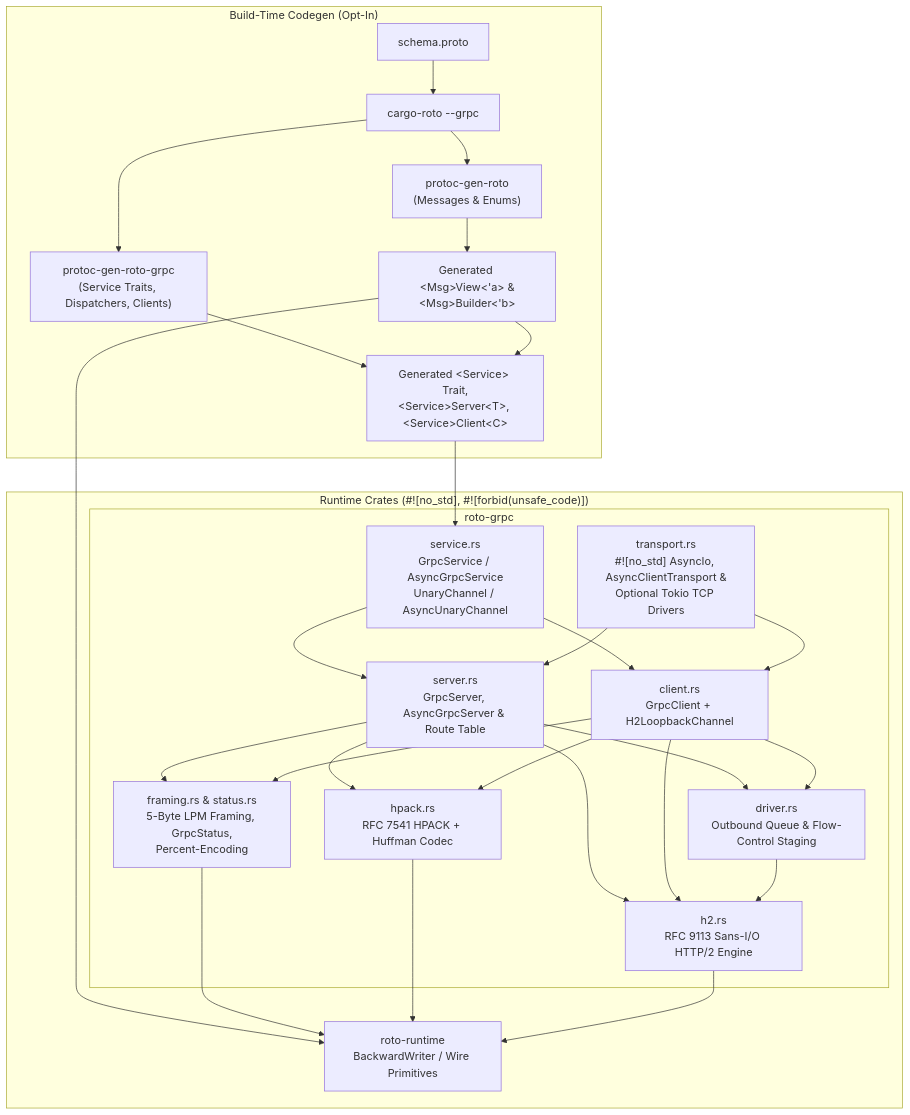
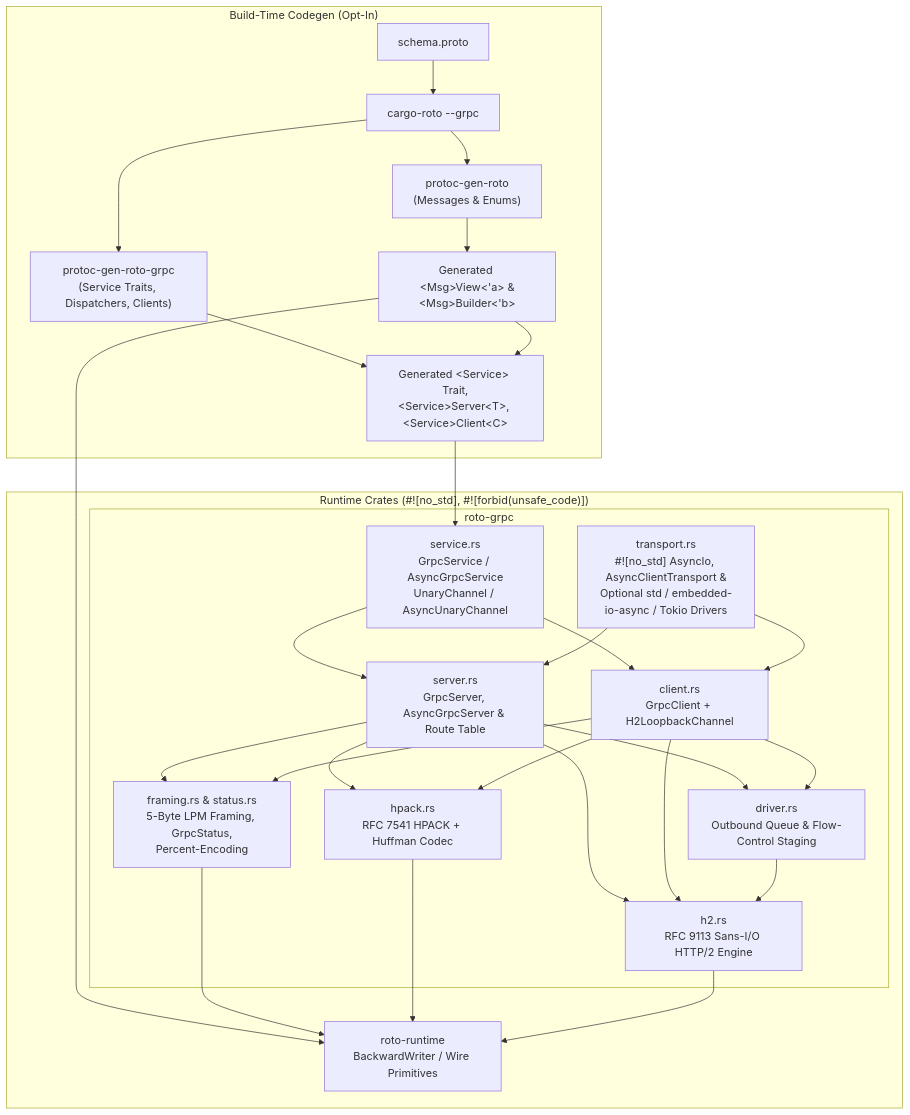
One commit to chathaway-codes/roto changed the first of 3 diagrams in docs/grpc.md. Above: the diagram before and after it, drawn with Mermaid. The commit also changed other lines of this file and 19 other files, not shown here.

````diff
--- a/docs/grpc.md
+++ b/docs/grpc.md
@@ -13,40 +13,40 @@
 ```mermaid
 flowchart TD
     subgraph Codegen["Build-Time Codegen (Opt-In)"]
         PROTO["schema.proto"]
         CROTO["cargo-roto --grpc"]
         PG_ROTO["protoc-gen-roto<br/>(Messages & Enums)"]
         PG_GRPC["protoc-gen-roto-grpc<br/>(Service Traits, Dispatchers, Clients)"]
         GEN_MSG["Generated &lt;Msg&gt;View&lt;'a&gt; &amp;<br/>&lt;Msg&gt;Builder&lt;'b&gt;"]
         GEN_SVC["Generated &lt;Service&gt; Trait,<br/>&lt;Service&gt;Server&lt;T&gt;, &lt;Service&gt;Client&lt;C&gt;"]
 
         PROTO --> CROTO
         CROTO --> PG_ROTO --> GEN_MSG
         CROTO --> PG_GRPC --> GEN_SVC
         GEN_MSG --> GEN_SVC
     end
 
     subgraph Runtime["Runtime Crates (#![no_std], #![forbid(unsafe_code)])"]
         RR["roto-runtime<br/>BackwardWriter / Wire Primitives"]
 
         subgraph RotoGrpc["roto-grpc"]
             SVC["service.rs<br/>GrpcService / AsyncGrpcService<br/>UnaryChannel / AsyncUnaryChannel"]
             SRV["server.rs<br/>GrpcServer, AsyncGrpcServer &amp; Route Table"]
             CLI["client.rs<br/>GrpcClient + H2LoopbackChannel"]
             DRV["driver.rs<br/>Outbound Queue &amp; Flow-Control Staging"]
             FRM["framing.rs &amp; status.rs<br/>5-Byte LPM Framing, GrpcStatus,<br/>Percent-Encoding"]
             HPK["hpack.rs<br/>RFC 7541 HPACK + Huffman Codec"]
             H2["h2.rs<br/>RFC 9113 Sans-I/O HTTP/2 Engine"]
-            TRN["transport.rs<br/>#![no_std] AsyncIo, AsyncClientTransport &amp;<br/>Optional Tokio TCP Drivers"]
+            TRN["transport.rs<br/>#![no_std] AsyncIo, AsyncClientTransport &amp;<br/>Optional std / embedded-io-async / Tokio Drivers"]
         end
 
         GEN_MSG --> RR
         GEN_SVC --> SVC
         SVC --> SRV & CLI
         SRV & CLI --> DRV
         SRV & CLI --> FRM & HPK & H2
         DRV --> H2
         TRN --> SRV & CLI
         FRM & HPK & H2 --> RR
     end
 ```
````
